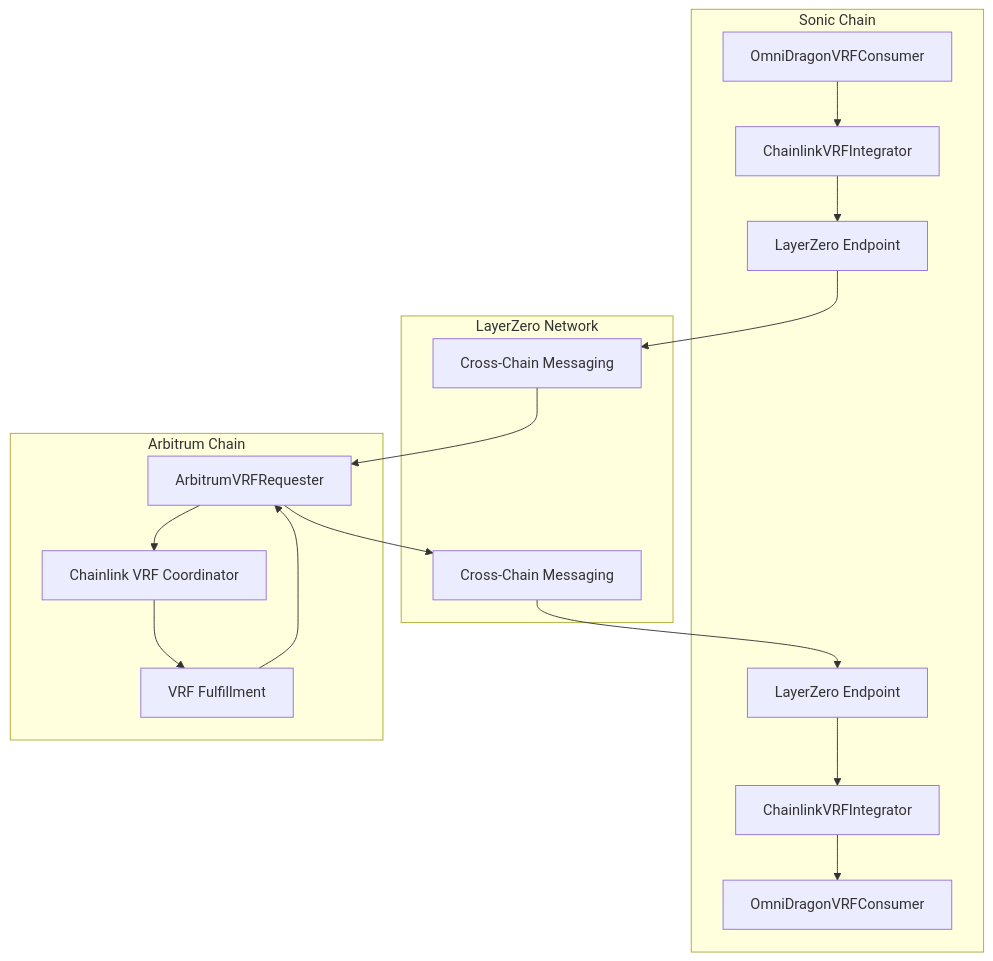
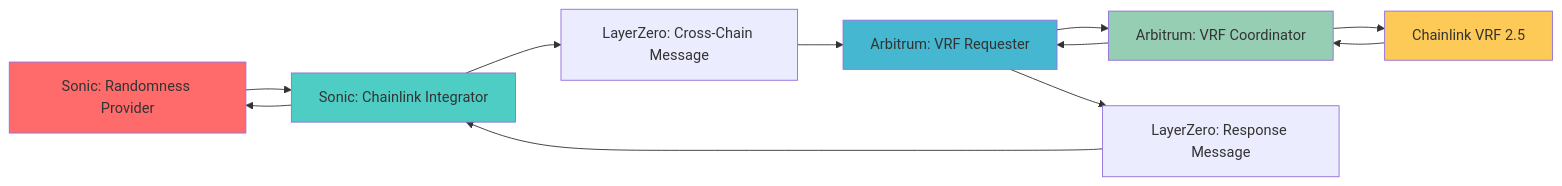
One commit to wenakita/sonicreddragon-docs changed the diagram in docs/contracts/randomness/chainlink.md. Above: the diagram before and after it, drawn with Mermaid. The commit also changed other lines of this file and 28 other files, not shown here.

````diff
--- a/docs/contracts/randomness/chainlink.md
+++ b/docs/contracts/randomness/chainlink.md
@@ -13,34 +11,19 @@
 ```mermaid
-flowchart TD
-    A[OmniDragonVRFConsumer] --> B[ChainlinkVRFIntegrator]
-    B --> C[LayerZero Endpoint]
-    C --> D[Cross-Chain Messaging]
-    D --> E[ArbitrumVRFRequester]
-    E --> F[Chainlink VRF Coordinator]
-    F --> G[VRF Fulfillment]
-    G --> E
-    E --> D2[Cross-Chain Messaging]
-    D2 --> C2[LayerZero Endpoint]
-    C2 --> B2[ChainlinkVRFIntegrator]
-    B2 --> A2[OmniDragonVRFConsumer]
+graph LR
+    A[Sonic: Randomness Provider] --> B[Sonic: Chainlink Integrator]
+    B --> C[LayerZero: Cross-Chain Message]
+    C --> D[Arbitrum: VRF Requester]
+    D --> E[Arbitrum: VRF Coordinator]
+    E --> F[Chainlink VRF 2.5]
+    F --> E
+    E --> D
+    D --> G[LayerZero: Response Message]
+    G --> B
+    B --> A
     
-    subgraph "Sonic Chain"
-        A
-        B
-        C
-        C2
-        B2
-        A2
-    end
-    
-    subgraph "Arbitrum Chain"
-        E
-        F
-        G
-    end
-    
-    subgraph "LayerZero Network"
-        D
-        D2
-    end
+    style A fill:#ff6b6b
+    style B fill:#4ecdc4
+    style D fill:#45b7d1
+    style E fill:#96ceb4
+    style F fill:#feca57
 ```
````
